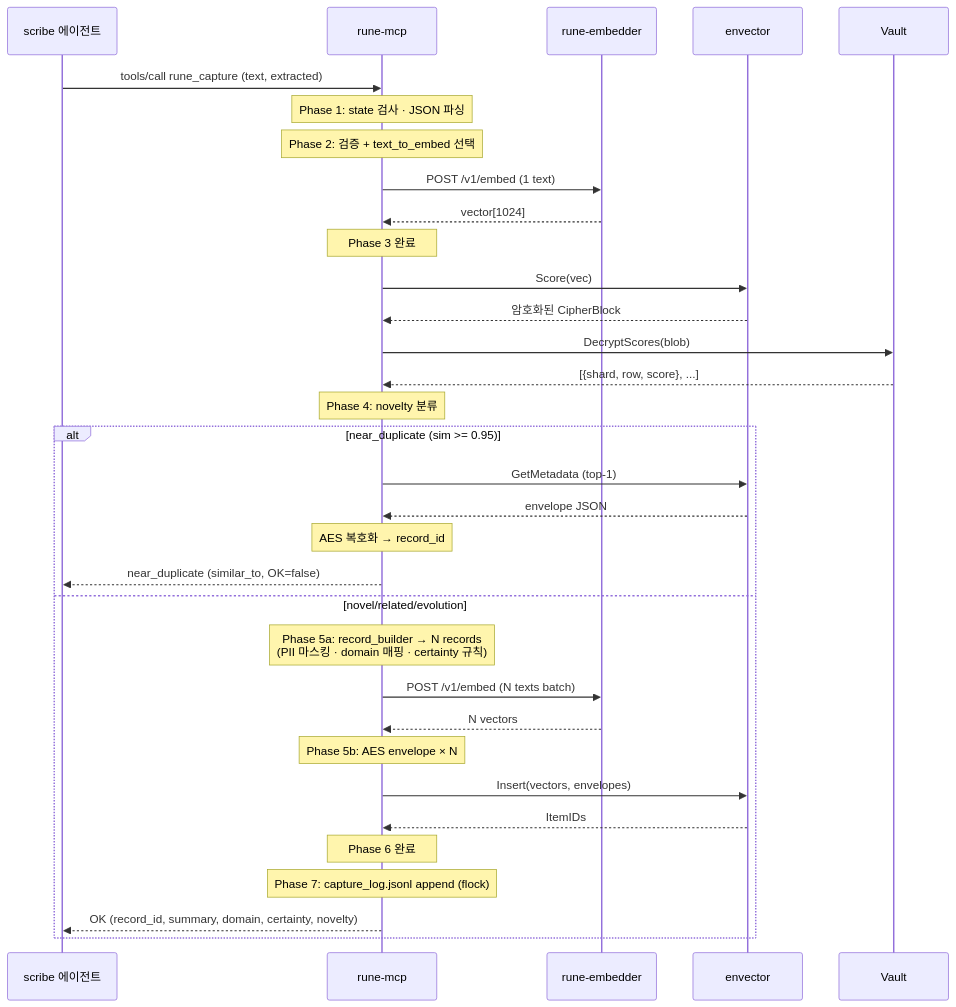
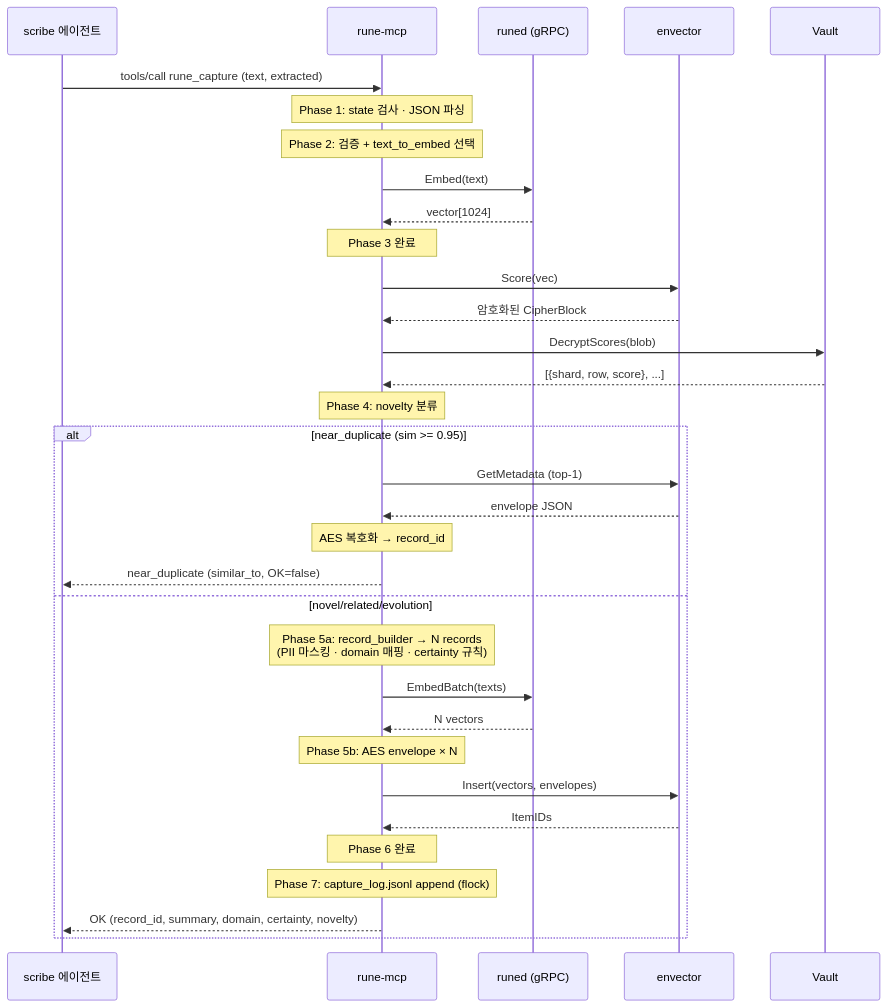
One commit to CryptoLabInc/rune changed the diagram in docs/v04/flows/capture.md. Above: the diagram before and after it, drawn with Mermaid. The commit also changed other lines of this file and 6 other files, not shown here.

Commit message:
docs(v04): switch embedder to external runed gRPC daemon (D30, archive D6/D9/D29)

````diff
--- a/docs/v04/flows/capture.md
+++ b/docs/v04/flows/capture.md
@@ -26,42 +26,42 @@
 ```mermaid
 sequenceDiagram
     participant Agent as scribe 에이전트
     participant MCP as rune-mcp
-    participant Embedder as rune-embedder
+    participant Embedder as runed (gRPC)
     participant Envector as envector
     participant Vault as Vault
 
     Agent->>MCP: tools/call rune_capture (text, extracted)
     Note over MCP: Phase 1: state 검사 · JSON 파싱
     Note over MCP: Phase 2: 검증 + text_to_embed 선택
 
-    MCP->>Embedder: POST /v1/embed (1 text)
+    MCP->>Embedder: Embed(text)
     Embedder-->>MCP: vector[1024]
     Note over MCP: Phase 3 완료
 
     MCP->>Envector: Score(vec)
     Envector-->>MCP: 암호화된 CipherBlock
     MCP->>Vault: DecryptScores(blob)
     Vault-->>MCP: [{shard, row, score}, ...]
     Note over MCP: Phase 4: novelty 분류
 
     alt near_duplicate (sim >= 0.95)
         MCP->>Envector: GetMetadata (top-1)
         Envector-->>MCP: envelope JSON
         Note over MCP: AES 복호화 → record_id
         MCP-->>Agent: near_duplicate (similar_to, OK=false)
     else novel/related/evolution
         Note over MCP: Phase 5a: record_builder → N records<br/>(PII 마스킹 · domain 매핑 · certainty 규칙)
 
-        MCP->>Embedder: POST /v1/embed (N texts batch)
+        MCP->>Embedder: EmbedBatch(texts)
         Embedder-->>MCP: N vectors
 
         Note over MCP: Phase 5b: AES envelope × N
         MCP->>Envector: Insert(vectors, envelopes)
         Envector-->>MCP: ItemIDs
         Note over MCP: Phase 6 완료
 
         Note over MCP: Phase 7: capture_log.jsonl append (flock)
         MCP-->>Agent: OK (record_id, summary, domain, certainty, novelty)
     end
 ```
````
